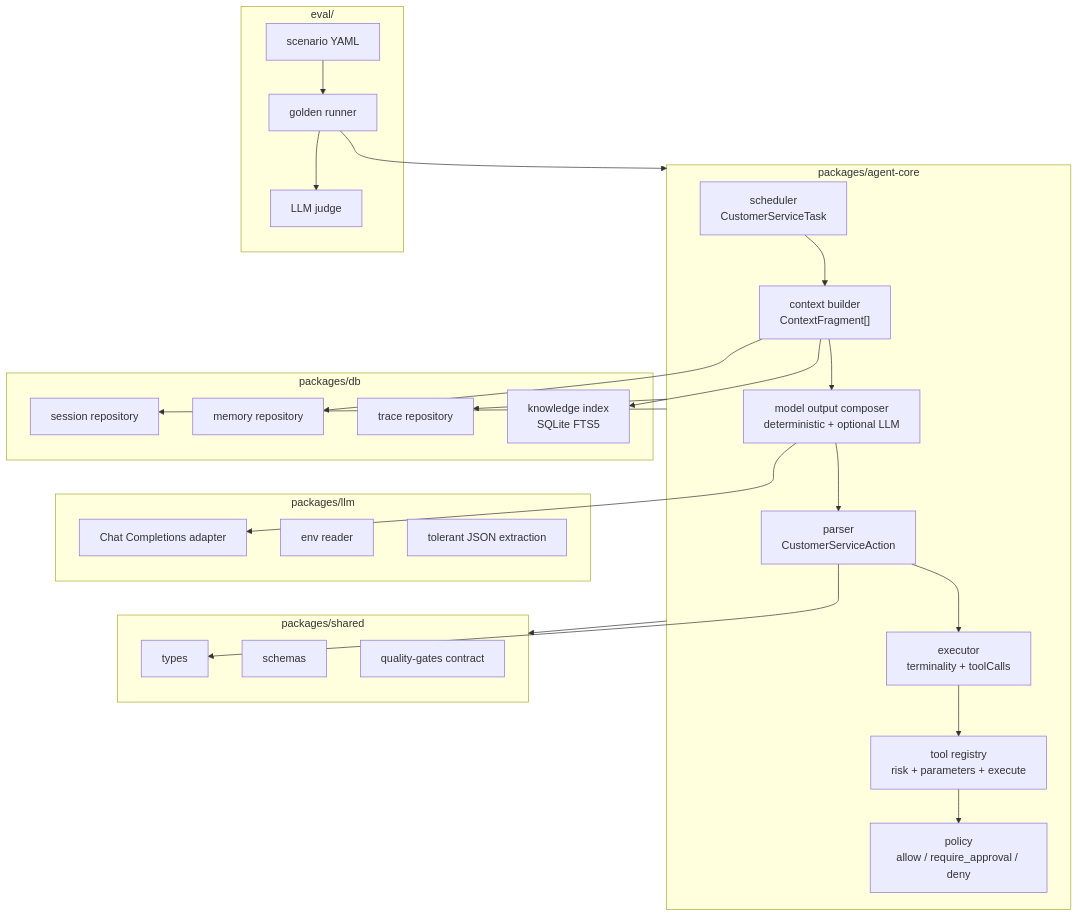
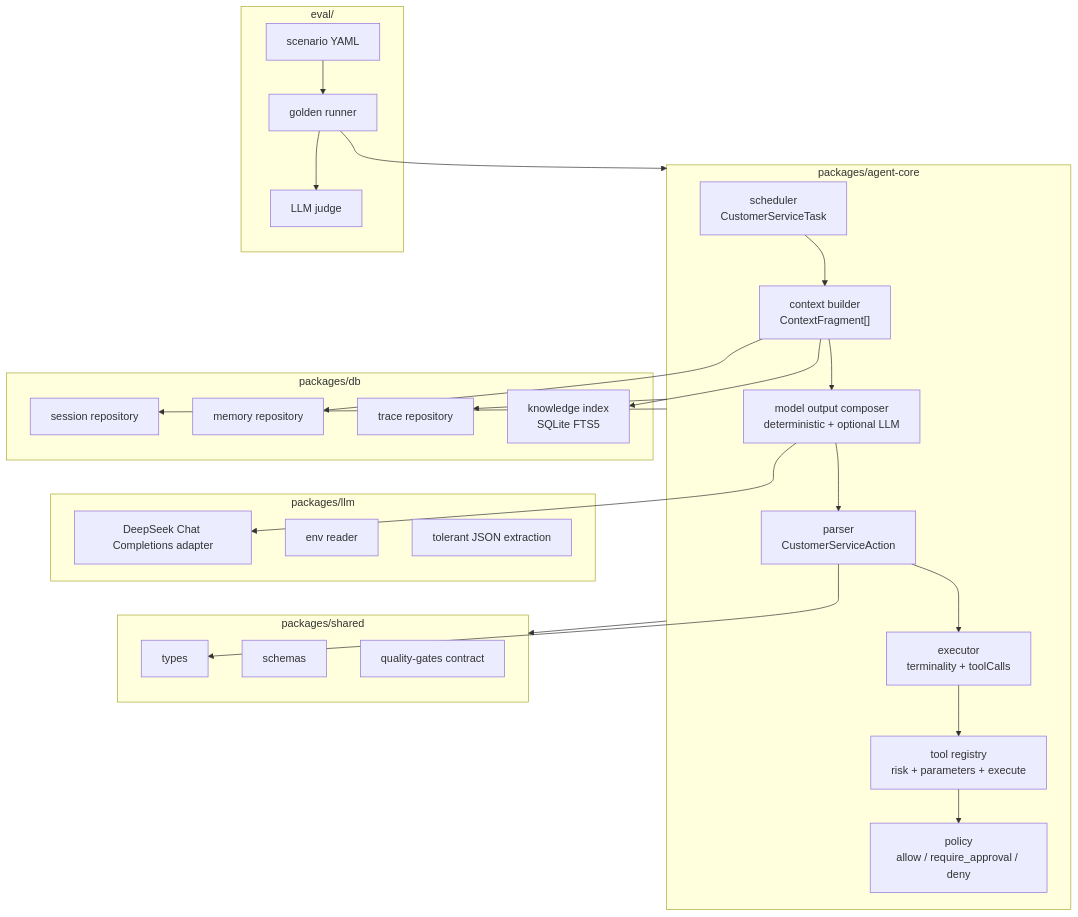
One commit to ImWenyaoT/chatty changed the third of 7 diagrams in docs/current-architecture.md. Above: the diagram before and after it, drawn with Mermaid. The commit also changed other lines of this file and 10 other files, not shown here.

````diff
--- a/docs/current-architecture.md
+++ b/docs/current-architecture.md
@@ -120,50 +120,50 @@
 ```mermaid
 flowchart TD
   subgraph Core["packages/agent-core"]
     S["scheduler<br/>CustomerServiceTask"]
     C["context builder<br/>ContextFragment[]"]
     M["model output composer<br/>deterministic + optional LLM"]
     P["parser<br/>CustomerServiceAction"]
     E["executor<br/>terminality + toolCalls"]
     R["tool registry<br/>risk + parameters + execute"]
     Policy["policy<br/>allow / require_approval / deny"]
   end
 
   subgraph DB["packages/db"]
     Sessions["session repository"]
     Memories["memory repository"]
     Traces["trace repository"]
     KIndex["knowledge index<br/>SQLite FTS5"]
   end
 
   subgraph LLM["packages/llm"]
-    Chat["Chat Completions adapter"]
+    Chat["DeepSeek Chat Completions adapter"]
     Env["env reader"]
     JSON["tolerant JSON extraction"]
   end
 
   subgraph Shared["packages/shared"]
     Types["types"]
     Schemas["schemas"]
     Gates["quality-gates contract"]
   end
 
   subgraph Eval["eval/"]
     Runner["golden runner"]
     Judge["LLM judge"]
     Golden["scenario YAML"]
   end
 
   S --> C --> M --> P --> E
   E --> R --> Policy
   C --> Memories
   C --> KIndex
   M --> Chat
   P --> Types
   Runner --> Core
   Runner --> Judge
   Golden --> Runner
   Core --> Traces
   Core --> Sessions
   Core --> Shared
 ```
````
